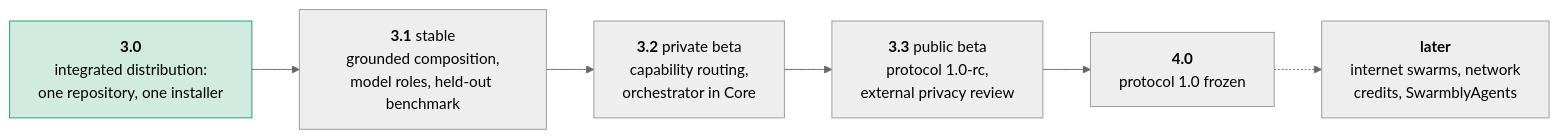
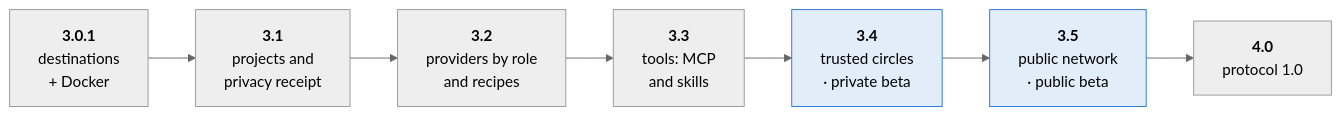
Before and after one commit to Sebastardito/SwarmblyAI: the fifth of 10 diagrams in README.md, drawn with Mermaid (neutral theme). The commit also changed other lines of this file and 11 other files, not shown here.

First line of the commit message:
Docker distribution: image, compose with Ollama and optional SearXNG, CI build and publish

````diff
--- a/README.md
+++ b/README.md
@@ -289,9 +291,11 @@
 ```mermaid
 flowchart LR
-  A["<b>3.0</b><br/>integrated distribution:<br/>one repository, one installer"] --> B["<b>3.1</b> stable<br/>grounded composition,<br/>model roles, held-out benchmark"]
-  B --> C["<b>3.2</b> private beta<br/>capability routing,<br/>orchestrator in Core"]
-  C --> D["<b>3.3</b> public beta<br/>protocol 1.0-rc,<br/>external privacy review"]
-  D --> E["<b>4.0</b><br/>protocol 1.0 frozen"]
-  E -.-> F["<b>later</b><br/>internet swarms, network<br/>credits, SwarmblyAgents"]
-  style A fill:#1f9d6b33,stroke:#1f9d6b
+  A["<b>3.0.1</b><br/>destinations<br/>+ Docker"] --> B["<b>3.1</b><br/>projects and<br/>privacy receipt"]
+  B --> C["<b>3.2</b><br/>providers by role<br/>and recipes"]
+  C --> D["<b>3.3</b><br/>tools: MCP<br/>and skills"]
+  D --> E["<b>3.4</b><br/>trusted circles<br/>· private beta"]
+  E --> F["<b>3.5</b><br/>public network<br/>· public beta"]
+  F --> G["<b>4.0</b><br/>protocol 1.0"]
+  style E fill:#2a78d622,stroke:#2a78d6
+  style F fill:#2a78d622,stroke:#2a78d6
 ```
````
